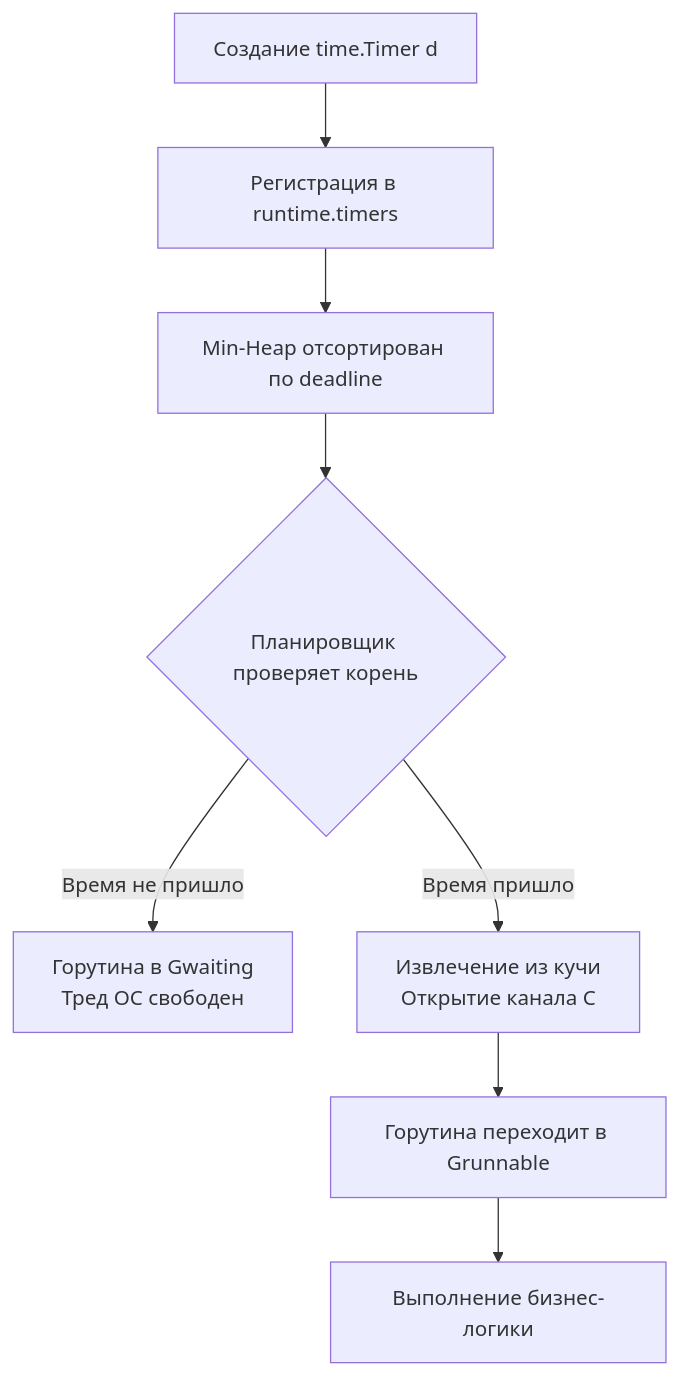
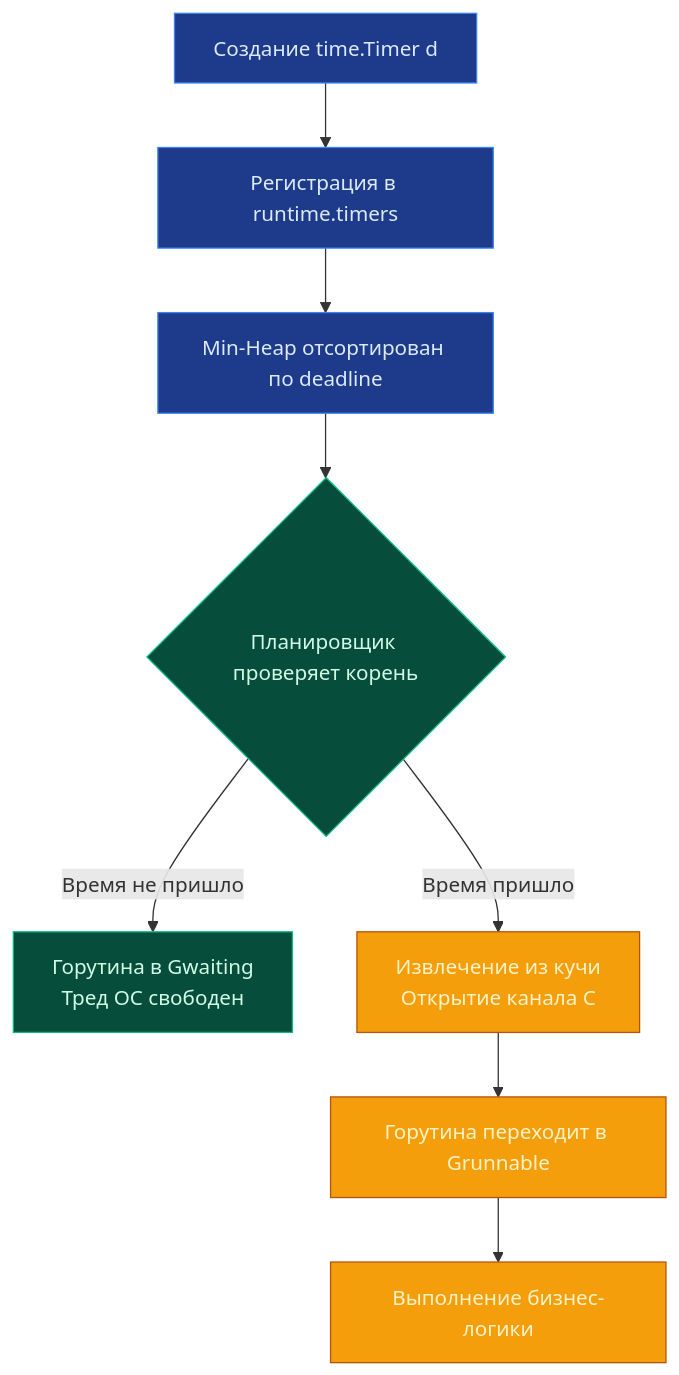
The diagram in sources/6. Стандартная библиотека Go/18. time. Даты, время, Duration, Timer, Ticker.md (UnrealTemplier/go-textbook), drawn with Mermaid before and after one commit. The commit also changed other lines of this file, not shown here.

````diff
--- a/sources/6. Стандартная библиотека Go/18. time. Даты, время, Duration, Timer, Ticker.md
+++ b/sources/6. Стандартная библиотека Go/18. time. Даты, время, Duration, Timer, Ticker.md
@@ -45,10 +10,18 @@
 ```mermaid
 flowchart TD
     A["Создание time.Timer d"] --> B["Регистрация в runtime.timers"]
     B --> C["Min-Heap отсортирован по deadline"]
     C --> D{"Планировщик проверяет корень"}
     D -->|Время не пришло| E["Горутина в Gwaiting<br>Тред ОС свободен"]
     D -->|Время пришло| F["Извлечение из кучи<br>Открытие канала C"]
     F --> G["Горутина переходит в Grunnable"]
     G --> H["Выполнение бизнес-логики"]
+
+    classDef reg fill:#1e3a8a,stroke:#3b82f6,color:#dbeafe;
+    classDef wait fill:#064e3b,stroke:#10b981,color:#d1fae5;
+    classDef run fill:#f59e0b,stroke:#b45309,color:#fef3c7;
+
+    class A,B,C reg;
+    class D,E wait;
+    class F,G,H run;
 ```
````
